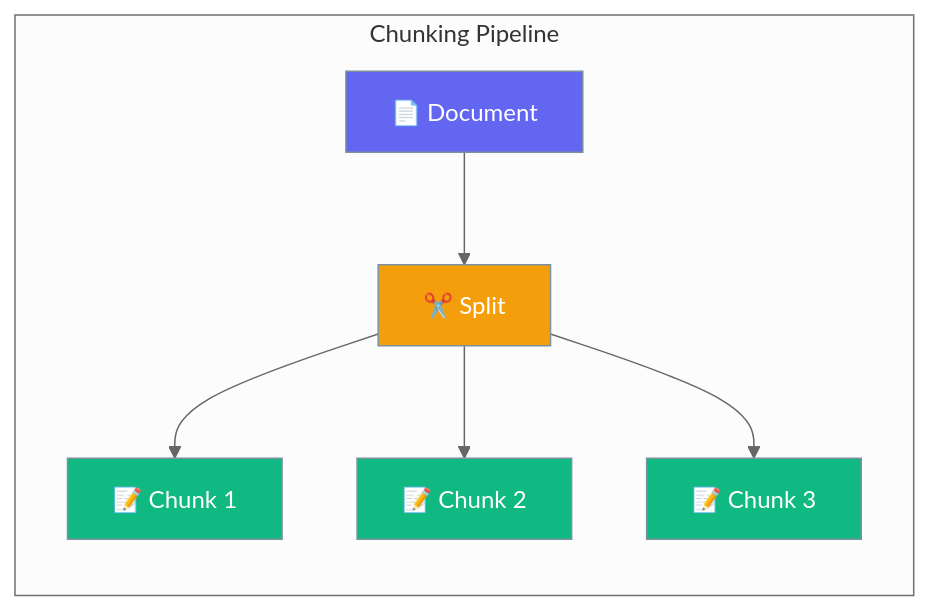
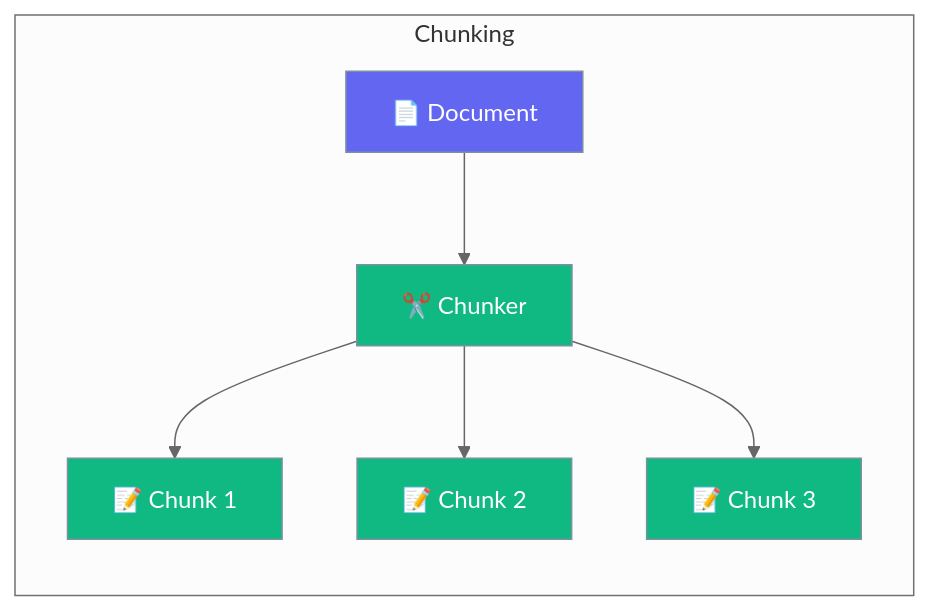
The first of 2 diagrams in docs/rust/chunking.mdx (MervinPraison/PraisonAIDocs), drawn with Mermaid (neutral theme) before and after one commit. The commit also changed other lines of this file and 87 other files, not shown here.

````diff
--- a/docs/rust/chunking.mdx
+++ b/docs/rust/chunking.mdx
@@ -10,17 +10,15 @@
 ```mermaid
 graph LR
-    subgraph "Chunking Pipeline"
-        D[📄 Document] --> S[✂️ Split]
-        S --> C1[📝 Chunk 1]
-        S --> C2[📝 Chunk 2]
-        S --> C3[📝 Chunk 3]
+    subgraph "Chunking"
+        D[📄 Document] --> C[✂️ Chunker]
+        C --> C1[📝 Chunk 1]
+        C --> C2[📝 Chunk 2]
+        C --> C3[📝 Chunk 3]
     end
     
-    classDef input fill:#6366F1,stroke:#7C90A0,color:#fff
-    classDef process fill:#F59E0B,stroke:#7C90A0,color:#fff
-    classDef output fill:#10B981,stroke:#7C90A0,color:#fff
+    classDef doc fill:#6366F1,stroke:#7C90A0,color:#fff
+    classDef chunk fill:#10B981,stroke:#7C90A0,color:#fff
     
-    class D input
-    class S process
-    class C1,C2,C3 output
+    class D doc
+    class C,C1,C2,C3 chunk
 ```
````
